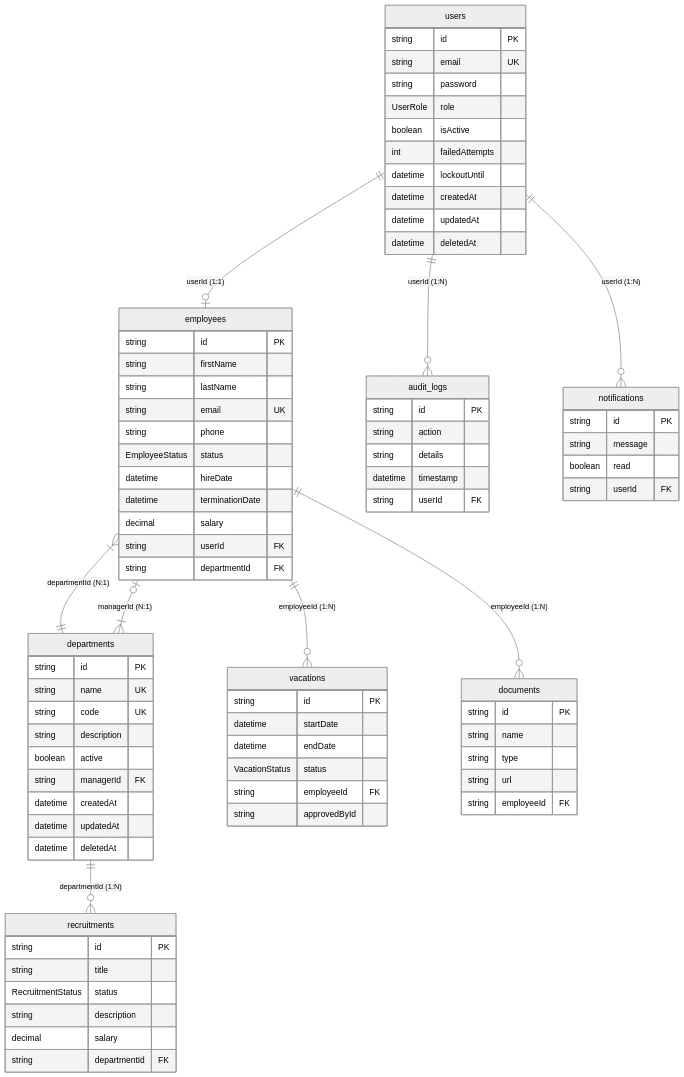
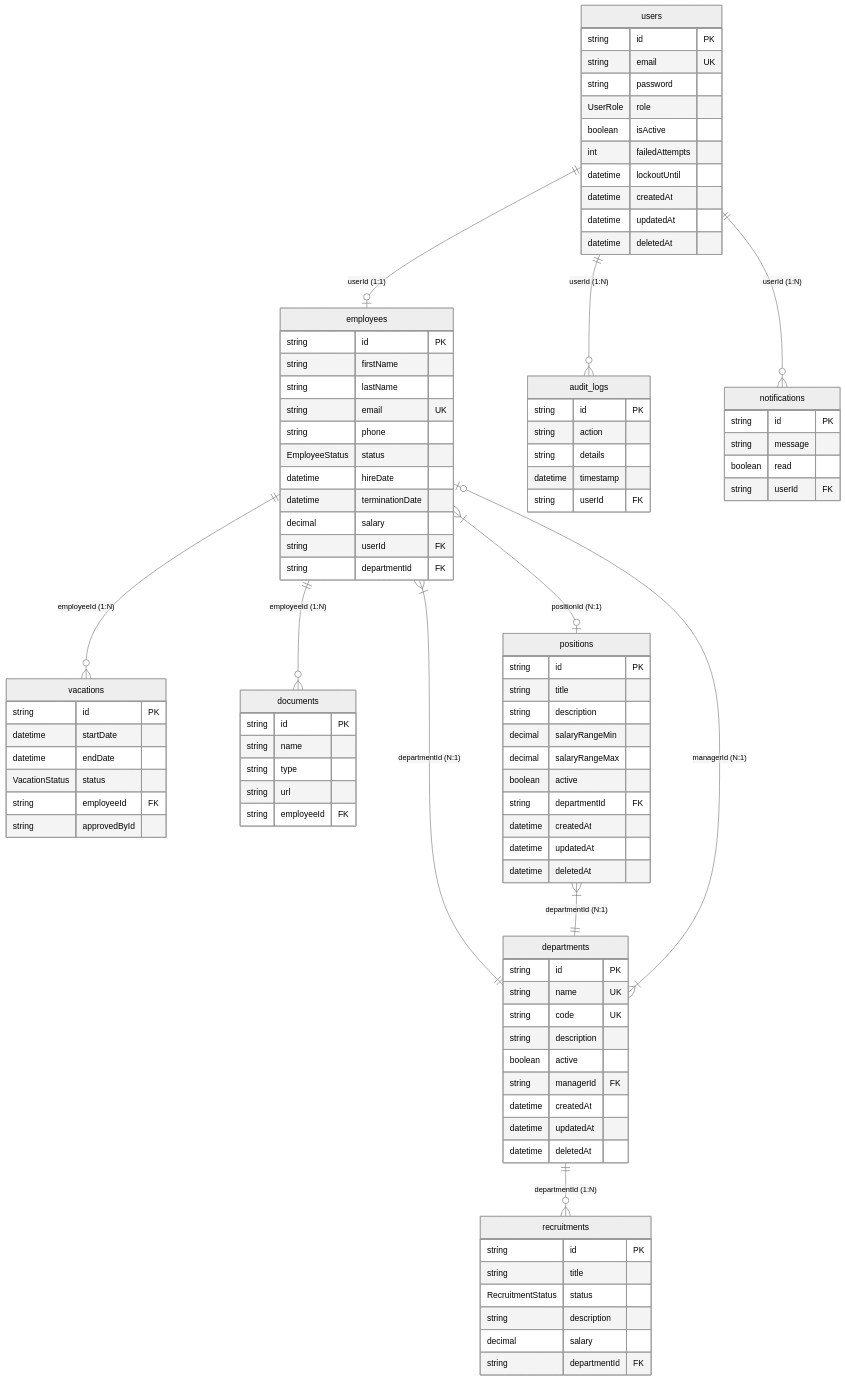
Before and after one commit to gui-bus/Atlas-HRMS: the diagram in docs/database.md, drawn with Mermaid (neutral theme). The commit also changed 3 other files, not shown here.

```diff
--- a/docs/database.md
+++ b/docs/database.md
@@ -18,6 +18,8 @@
     employees ||--o{ documents : "employeeId (1:N)"
     departments ||--o{ recruitments : "departmentId (1:N)"
     departments }|--o| employees : "managerId (N:1)"
+    employees }|--o| positions : "positionId (N:1)"
+    positions }|--|| departments : "departmentId (N:1)"
 
     users {
         string id PK
@@ -53,6 +55,19 @@
         string description
         boolean active
         string managerId FK
+        datetime createdAt
+        datetime updatedAt
+        datetime deletedAt
+    }
+
+    positions {
+        string id PK
+        string title
+        string description
+        decimal salaryRangeMin
+        decimal salaryRangeMax
+        boolean active
+        string departmentId FK
         datetime createdAt
         datetime updatedAt
         datetime deletedAt
```
